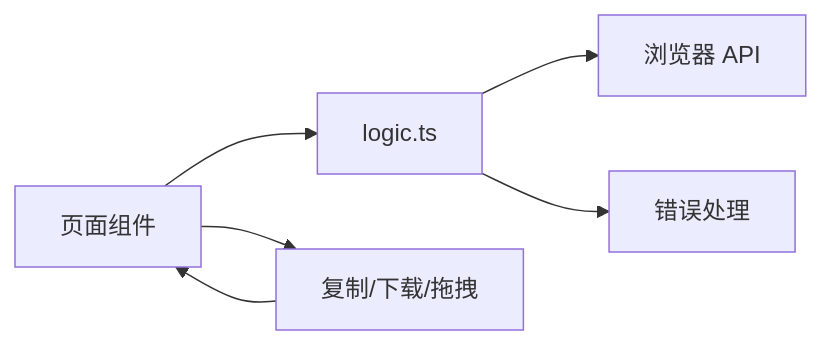
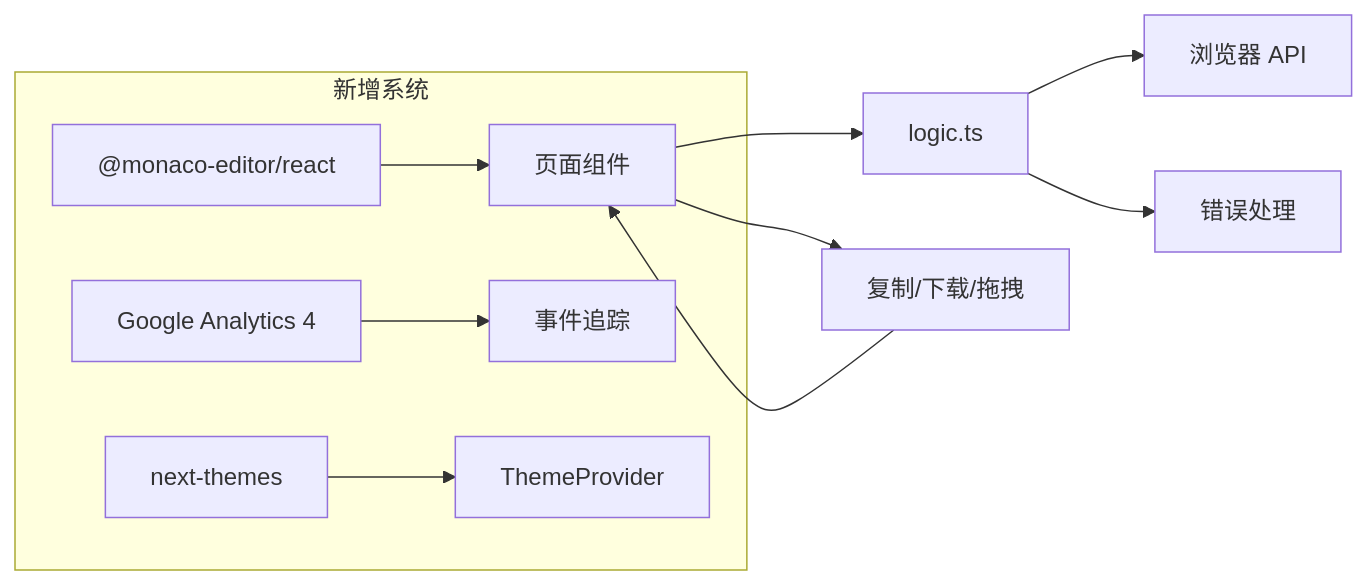
One commit to sgyy/privadeck changed the third of 3 diagrams in .qoder/repowiki/zh/content/开发者工具/开发者工具.md. Above: the diagram before and after it, drawn with Mermaid. The commit also changed other lines of this file and 4 other files, not shown here.

````diff
--- a/.qoder/repowiki/zh/content/开发者工具/开发者工具.md
+++ b/.qoder/repowiki/zh/content/开发者工具/开发者工具.md
@@ -418,8 +512,13 @@
 ```mermaid
 graph LR
 UI["页面组件"] --> LOGIC["logic.ts"]
 LOGIC --> API["浏览器 API"]
 LOGIC --> ERR["错误处理"]
 UI --> FEAT["复制/下载/拖拽"]
+subgraph "新增系统"
+MONACO["@monaco-editor/react"] --> UI
+ANALYTICS["Google Analytics 4"] --> TRACK["事件追踪"]
+THEME["next-themes"] --> THEMEPROVIDER["ThemeProvider"]
+end
 FEAT --> UI
 ```
````
